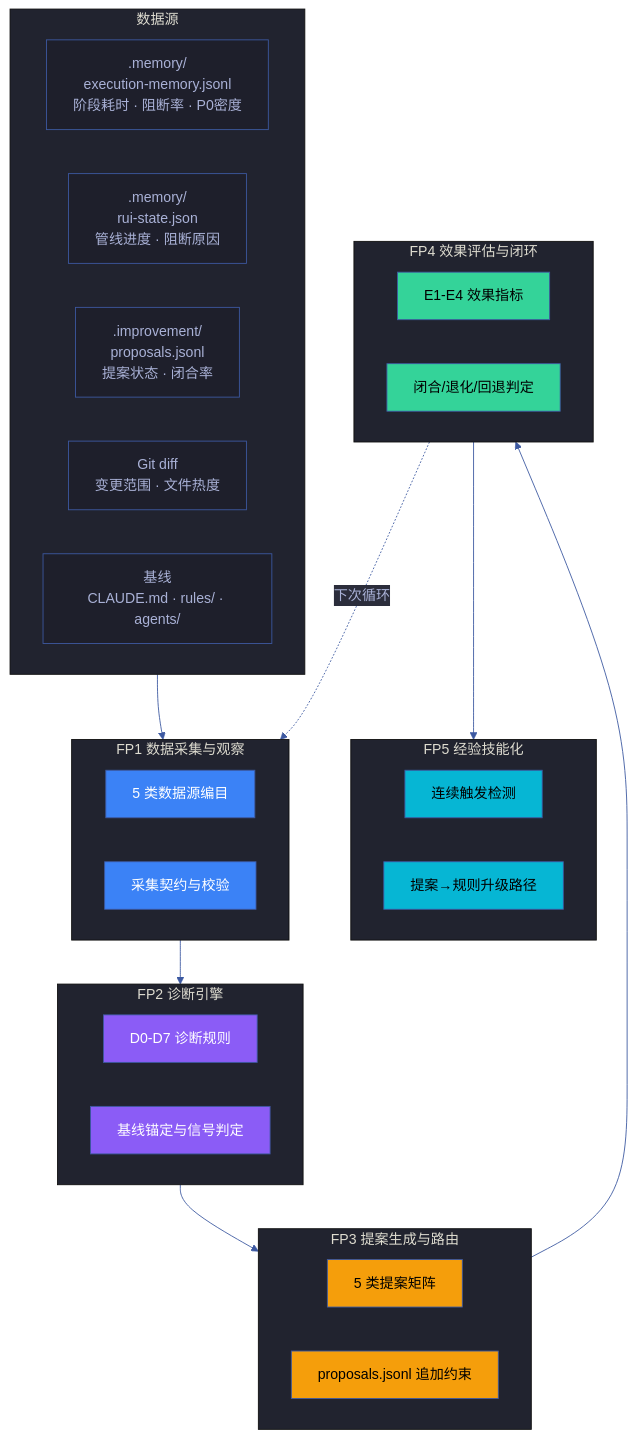
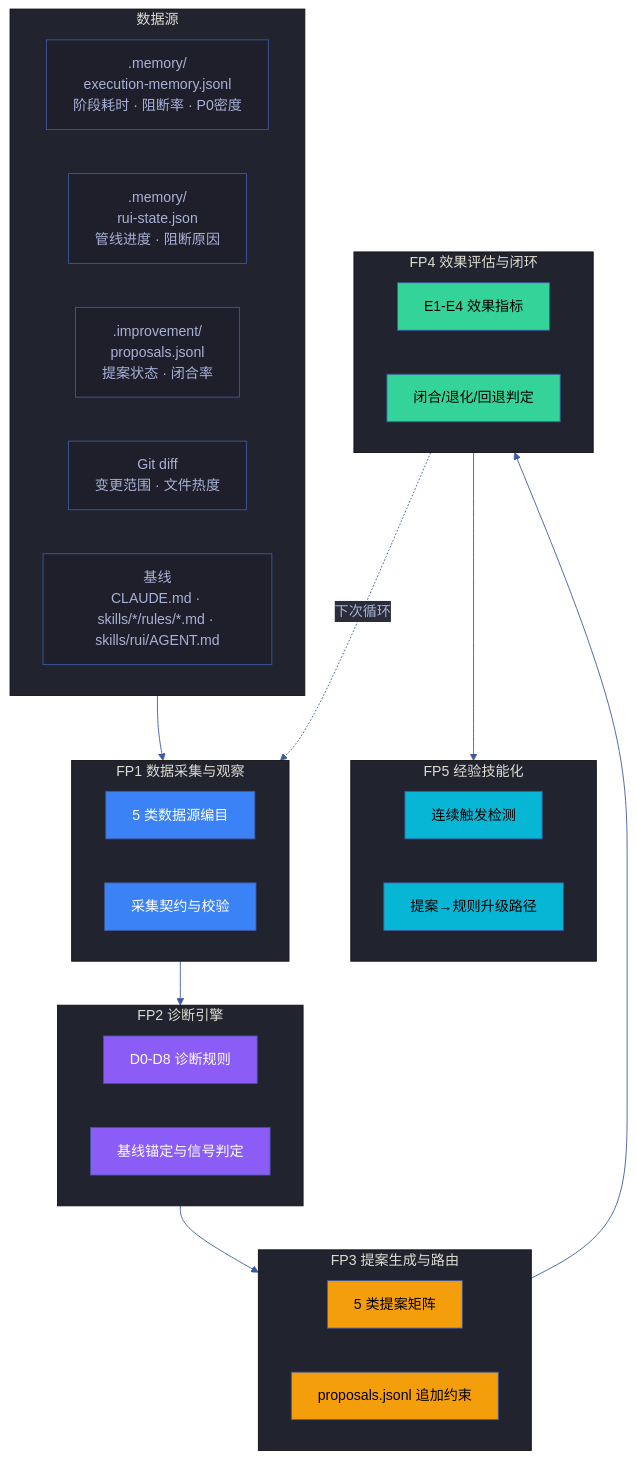
The second of 7 diagrams in cdn/yry-selfimprove-panel/scenes/故事任务.md (effiy/YrY), drawn with Mermaid before and after one commit. The commit also changed other lines of this file and 1028 other files, not shown here.

````diff
--- a/cdn/yry-selfimprove-panel/scenes/故事任务.md
+++ b/cdn/yry-selfimprove-panel/scenes/故事任务.md
@@ -77,57 +78,57 @@
 ```mermaid
 %%{init: {'theme': 'base', 'themeVariables': {
   'primaryColor': '#1e1f2b',
   'primaryTextColor': '#a9b1d6',
   'primaryBorderColor': '#3d59a1',
   'lineColor': '#3d59a1',
   'secondaryColor': '#2b2d3b',
   'tertiaryColor': '#21232f'
 }}}%%
 flowchart TD
     subgraph 输入["数据源"]
         EXEC[".memory/<br/>execution-memory.jsonl<br/>阶段耗时 · 阻断率 · P0密度"]:::src
         STATE[".memory/<br/>rui-state.json<br/>管线进度 · 阻断原因"]:::src
         PROP[".improvement/<br/>proposals.jsonl<br/>提案状态 · 闭合率"]:::src
         GIT["Git diff<br/>变更范围 · 文件热度"]:::src
-        BASE["基线<br/>CLAUDE.md · rules/ · agents/"]:::src
+        BASE["基线<br/>CLAUDE.md · skills/*/rules/*.md · skills/rui/AGENT.md"]:::src
     end
 
     subgraph 采集["FP1 数据采集与观察"]
         FP1A["5 类数据源编目"]:::cat
         FP1B["采集契约与校验"]:::cat
     end
 
     subgraph 诊断["FP2 诊断引擎"]
-        FP2A["D0-D7 诊断规则"]:::diag
+        FP2A["D0-D8 诊断规则"]:::diag
         FP2B["基线锚定与信号判定"]:::diag
     end
 
     subgraph 提案["FP3 提案生成与路由"]
         FP3A["5 类提案矩阵"]:::prop
         FP3B["proposals.jsonl 追加约束"]:::prop
     end
 
     subgraph 评估["FP4 效果评估与闭环"]
         FP4A["E1-E4 效果指标"]:::eval
         FP4B["闭合/退化/回退判定"]:::eval
     end
 
     subgraph 升级["FP5 经验技能化"]
         FP5A["连续触发检测"]:::up
         FP5B["提案→规则升级路径"]:::up
     end
 
     输入 --> 采集
     采集 --> 诊断
     诊断 --> 提案
     提案 --> 评估
     评估 -.->|"下次循环"| 采集
     评估 --> 升级
 
     classDef src fill:#1e1f2b,stroke:#3d59a1,color:#a9b1d6
     classDef cat fill:#3B82F6,color:#fff
     classDef diag fill:#8B5CF6,color:#fff
     classDef prop fill:#f59e0b,color:#000
     classDef eval fill:#34d399,color:#000
     classDef up fill:#06b6d4,color:#000
 ```
````
